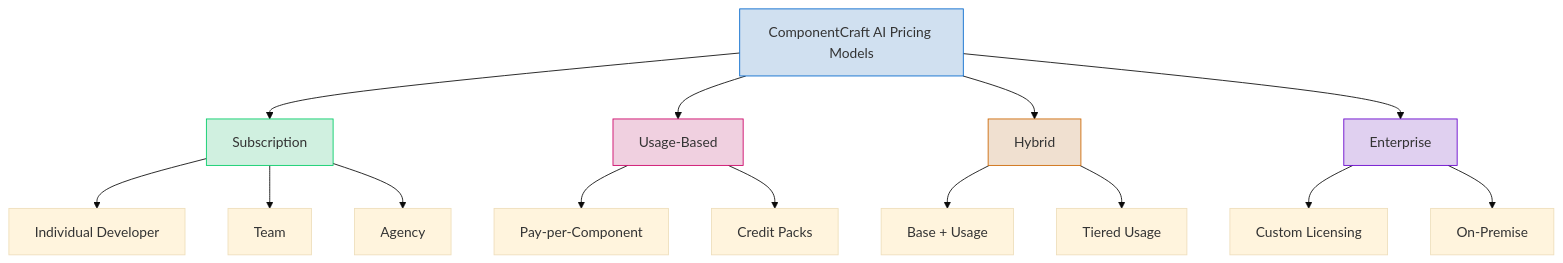
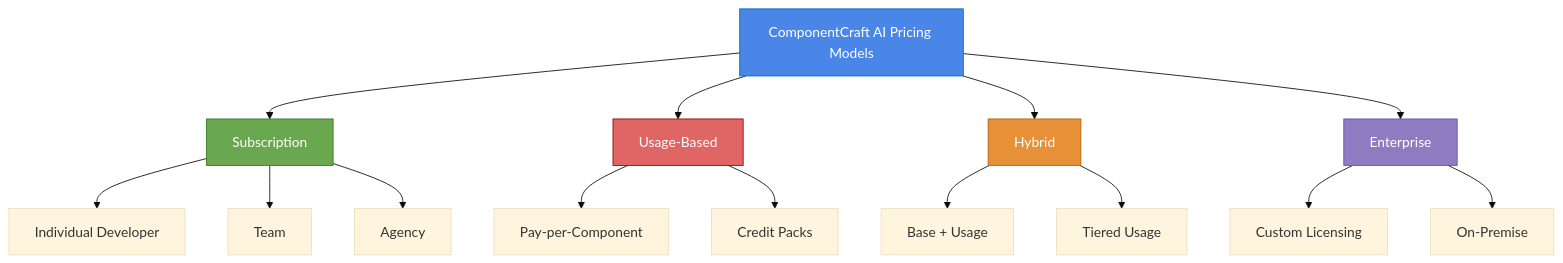
One commit to hungmanhdo/componentcraft_ai changed the ninth of 13 diagrams in basic.md. Above: the diagram before and after it, drawn with Mermaid (base theme). The commit also changed other lines of this file and 1 other file, not shown here.

Commit message:
Update style of charts

````diff
--- a/basic.md
+++ b/basic.md
@@ -314,26 +314,26 @@
 ```mermaid
 graph TD
     A[ComponentCraft AI Pricing Models] --> B[Subscription]
     A --> C[Usage-Based]
     A --> D[Hybrid]
     A --> E[Enterprise]
 
     B --> B1[Individual Developer]
     B --> B2[Team]
     B --> B3[Agency]
 
     C --> C1[Pay-per-Component]
     C --> C2[Credit Packs]
 
     D --> D1[Base + Usage]
     D --> D2[Tiered Usage]
 
     E --> E1[Custom Licensing]
     E --> E2[On-Premise]
 
-    style A fill:#d0e0f0,stroke:#0066cc
-    style B fill:#d0f0e0,stroke:#00cc66
-    style C fill:#f0d0e0,stroke:#cc0066
-    style D fill:#f0e0d0,stroke:#cc6600
-    style E fill:#e0d0f0,stroke:#6600cc
+    style A fill:#4a86e8,stroke:#0066cc,color:#ffffff
+    style B fill:#6aa84f,stroke:#38761d,color:#ffffff
+    style C fill:#e06666,stroke:#990000,color:#ffffff
+    style D fill:#e69138,stroke:#b45f06,color:#ffffff
+    style E fill:#8e7cc3,stroke:#674ea7,color:#ffffff
 ```
````
